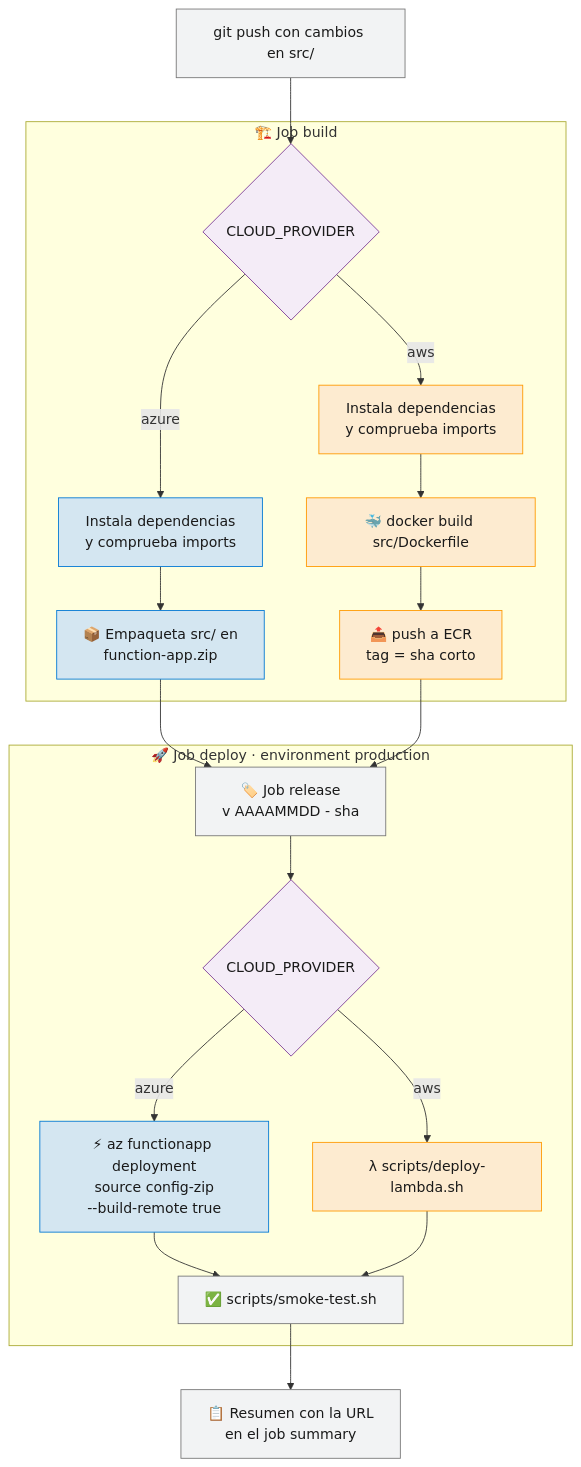
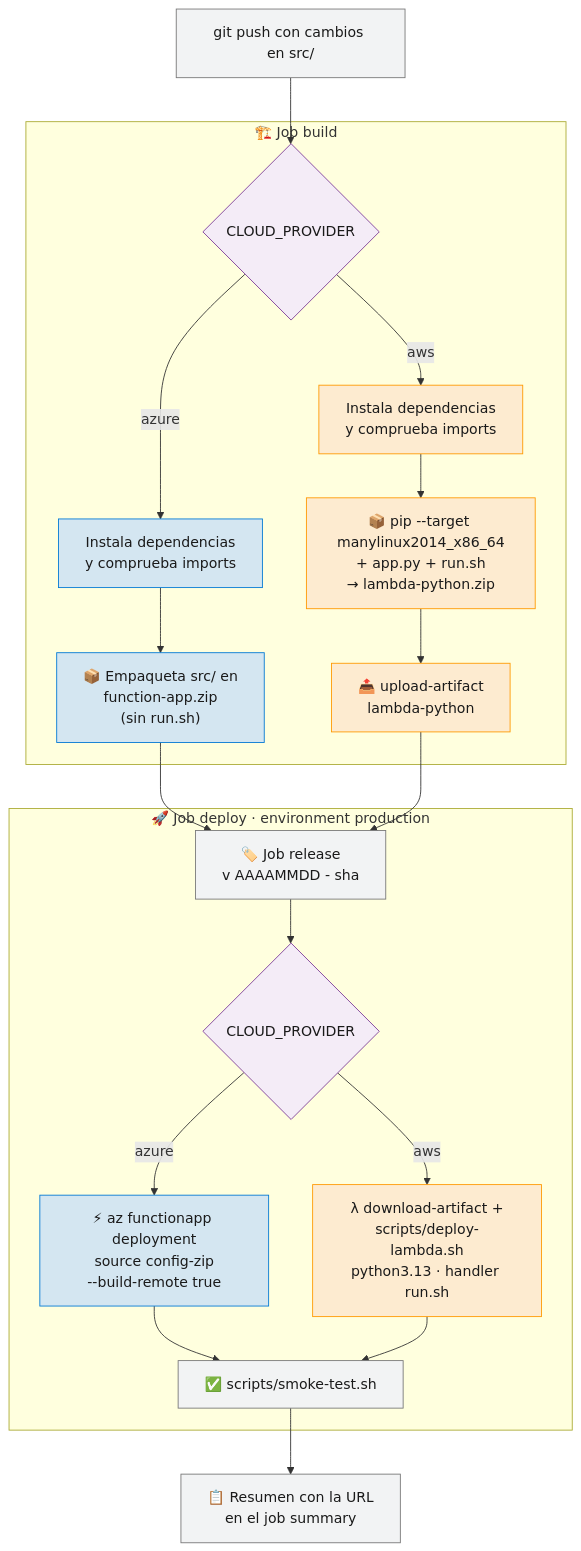
Before and after one commit to yembertQC/Reto_Platform-Enginner_ED-Team: the second of 7 diagrams in doc/05-Pipeline-CD-Despliegue.md, drawn with Mermaid. The commit also changed other lines of this file and 28 other files, not shown here.

````diff
--- a/doc/05-Pipeline-CD-Despliegue.md
+++ b/doc/05-Pipeline-CD-Despliegue.md
@@ -33,34 +33,34 @@
 ```mermaid
 flowchart TB
     START["git push con cambios en src/"] --> V{"CLOUD_PROVIDER"}
 
     subgraph BUILD["🏗️ Job build"]
         V -->|"azure"| Z1["Instala dependencias<br/>y comprueba imports"]
-        Z1 --> Z2["📦 Empaqueta src/ en<br/>function-app.zip"]
+        Z1 --> Z2["📦 Empaqueta src/ en<br/>function-app.zip<br/>(sin run.sh)"]
         V -->|"aws"| A1["Instala dependencias<br/>y comprueba imports"]
-        A1 --> A2["🐳 docker build src/Dockerfile"]
-        A2 --> A3["📤 push a ECR<br/>tag = sha corto"]
+        A1 --> A2["📦 pip --target manylinux2014_x86_64<br/>+ app.py + run.sh<br/>→ lambda-python.zip"]
+        A2 --> A3["📤 upload-artifact<br/>lambda-python"]
     end
 
     Z2 --> REL["🏷️ Job release<br/>v AAAAMMDD - sha"]
     A3 --> REL
 
     subgraph DEPLOY["🚀 Job deploy · environment production"]
         REL --> D{"CLOUD_PROVIDER"}
         D -->|"azure"| DZ["⚡ az functionapp deployment<br/>source config-zip<br/>--build-remote true"]
-        D -->|"aws"| DA["λ scripts/deploy-lambda.sh"]
+        D -->|"aws"| DA["λ download-artifact +<br/>scripts/deploy-lambda.sh<br/>python3.13 · handler run.sh"]
         DZ --> SM["✅ scripts/smoke-test.sh"]
         DA --> SM
     end
 
     SM --> SUM["📋 Resumen con la URL<br/>en el job summary"]
 
     classDef azure fill:#D4E6F1,stroke:#0078D4,color:#1a1a1a
     classDef aws fill:#FDEBD0,stroke:#FF9900,color:#1a1a1a
     classDef common fill:#F2F3F4,stroke:#777,color:#1a1a1a
     classDef dec fill:#F4ECF7,stroke:#7D3C98,color:#1a1a1a
     class Z1,Z2,DZ azure
     class A1,A2,A3,DA aws
     class START,REL,SM,SUM common
     class V,D dec
 ```
````
